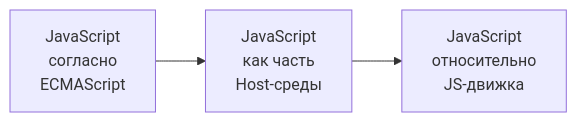
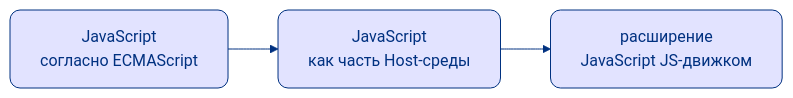
Before and after one commit to Sdju/speech: the second of 4 diagrams in presentation/slides.md, drawn with Mermaid. The commit also changed other lines of this file and 31 other files, not shown here.

````diff
--- a/presentation/slides.md
+++ b/presentation/slides.md
@@ -93,6 +111,17 @@
 ```mermaid
+---
+config:
+  theme: base
+  themeVariables:
+    primaryColor: '#e2e3ff'
+    primaryTextColor: '#003180'
+    primaryBorderColor: '#003180'
+    lineColor: '#003180'
+---
+
 flowchart LR
-  A[JavaScript\nсогласно\nECMAScript] --> B
-  B[JavaScript\nкак часть\nHost-среды] --> C[Vue]
-  C[JavaScript\nотносительно\nJS-движка]
+  classDef default rx:10px,ry:10px
+  A[JavaScript\nсогласно ECMAScript] --> B
+  B[JavaScript\nкак часть Host-среды] --> C[Vue]
+  C[расширение\nJavaScript JS-движком]
 ```
````
